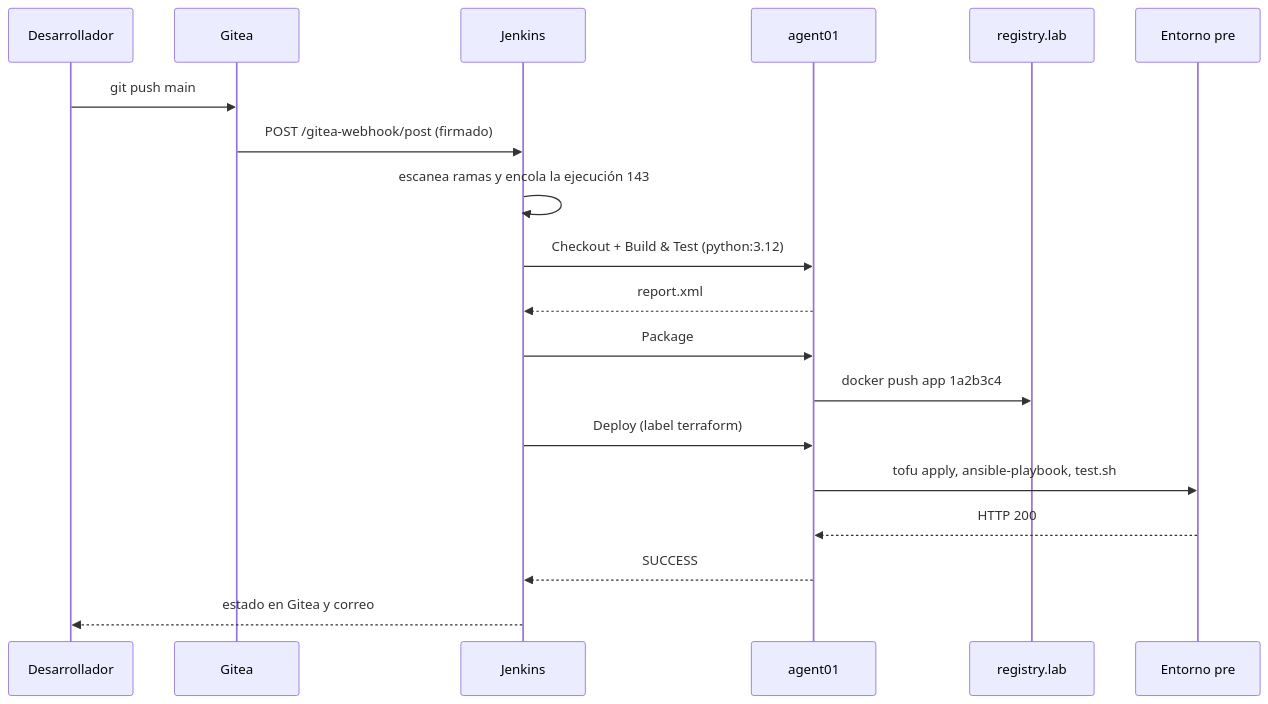
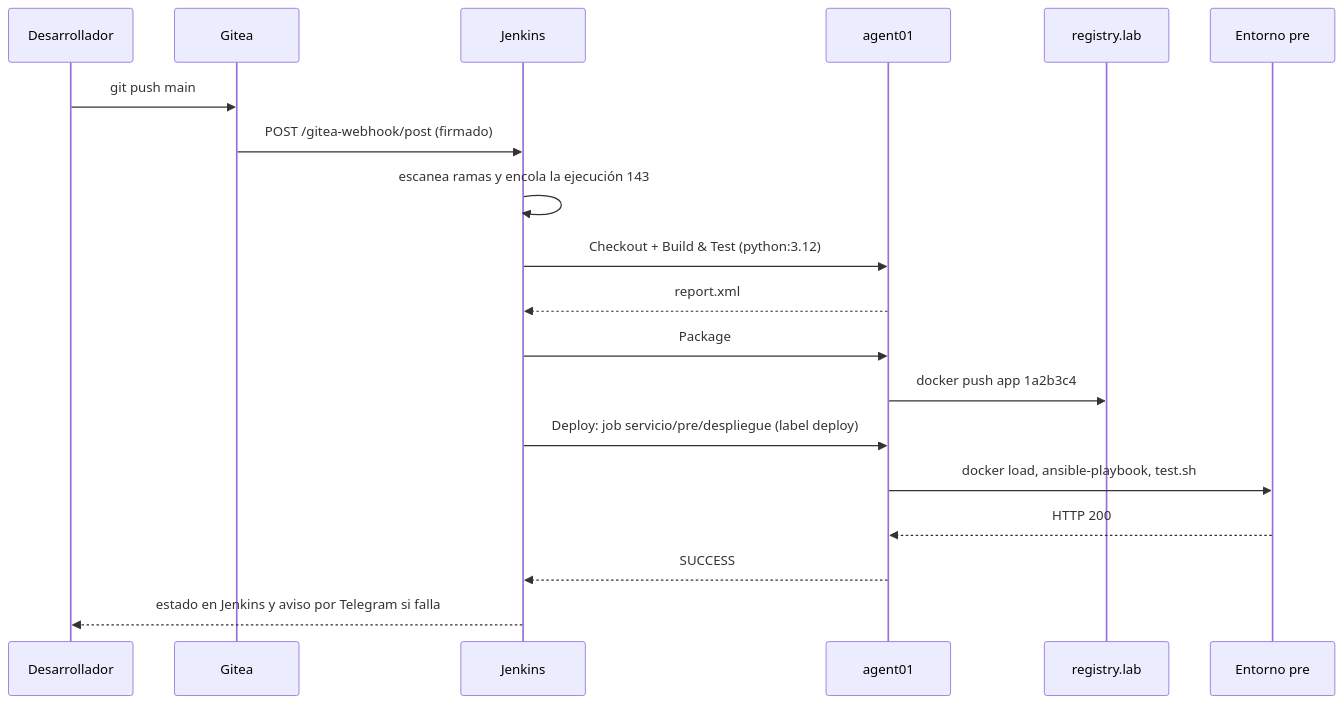
One commit to victor-educ/apuntes-5166 changed the fourth of 7 diagrams in docs/ut/ut6-ci.md. Above: the diagram before and after it, drawn with Mermaid. The commit also changed other lines of this file and 15 other files, not shown here.

````diff
--- a/docs/ut/ut6-ci.md
+++ b/docs/ut/ut6-ci.md
@@ -658,21 +727,21 @@
 ```mermaid
 sequenceDiagram
     participant D as Desarrollador
     participant G as Gitea
     participant J as Jenkins
     participant A as agent01
     participant R as registry.lab
     participant E as Entorno pre
     D->>G: git push main
     G->>J: POST /gitea-webhook/post (firmado)
     J->>J: escanea ramas y encola la ejecución 143
     J->>A: Checkout + Build & Test (python:3.12)
     A-->>J: report.xml
     J->>A: Package
     A->>R: docker push app 1a2b3c4
-    J->>A: Deploy (label terraform)
-    A->>E: tofu apply, ansible-playbook, test.sh
+    J->>A: Deploy: job servicio/pre/despliegue (label deploy)
+    A->>E: docker load, ansible-playbook, test.sh
     E-->>A: HTTP 200
     A-->>J: SUCCESS
-    J-->>D: estado en Gitea y correo
+    J-->>D: estado en Jenkins y aviso por Telegram si falla
 ```
````
